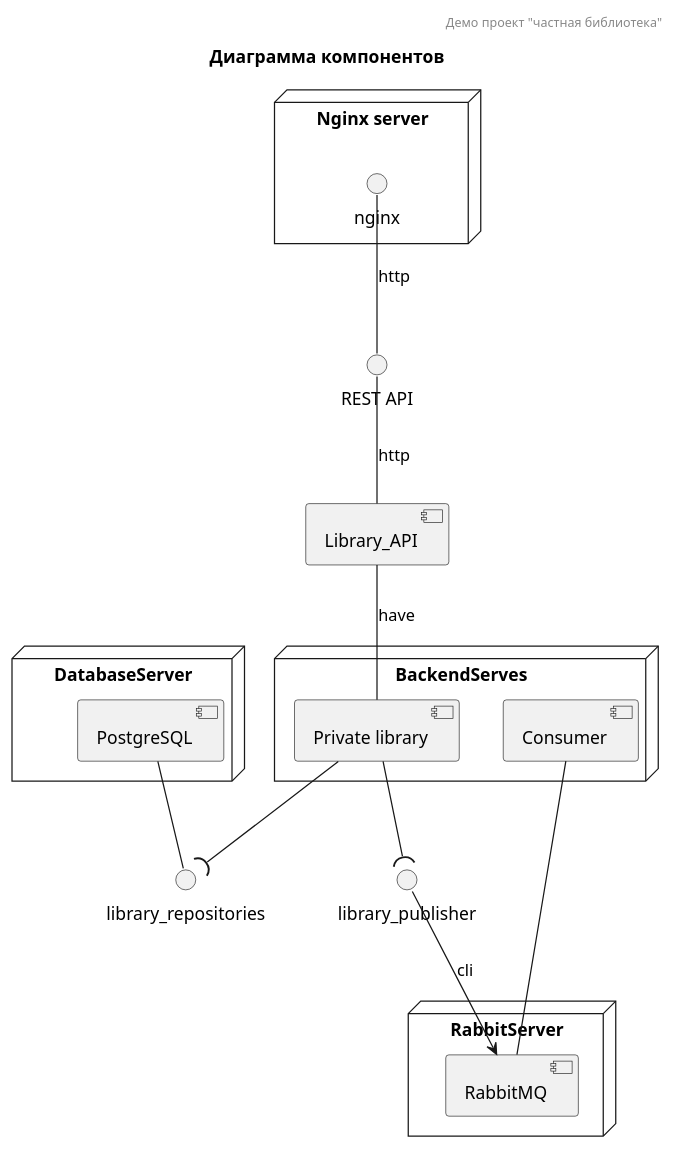
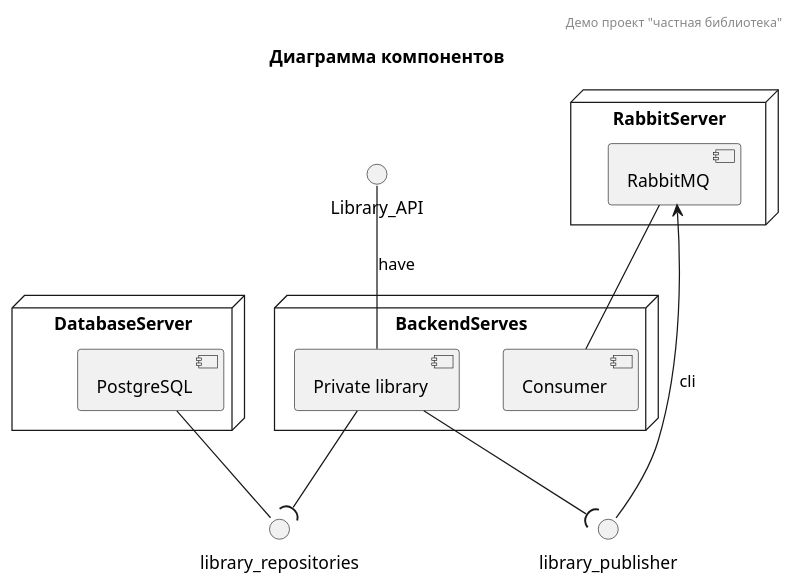
One commit to Vurgul/private-library-project changed the diagram in docs/components.puml. Above: the diagram before and after it, drawn with PlantUML. The commit also changed 11 other files, not shown here.

```diff
--- a/docs/components.puml
+++ b/docs/components.puml
@@ -1,36 +1,28 @@
 @startuml
 header Демо проект "частная библиотека"
 title Диаграмма компонентов
 
-node "Nginx server" {
-() "nginx"
-}
-
-() "REST API" as REST_API
-
-nginx -- REST_API: http
 
 node "BackendServes"{
     component "Private library" as PL
     component "Consumer" as consumer
 }
 
 node "DatabaseServer"{
     component "PostgreSQL"  as PSQL
 }
 
 node "RabbitServer"{
     component "RabbitMQ"  as RMQ
 }
 
-component "Library_API"  as LAPI
+() "Library_API"  as LAPI
 
 RMQ -- consumer
 PL --( library_repositories
 PSQL -- library_repositories
 PL --( library_publisher
 library_publisher --> RMQ: cli
 LAPI -- PL : have
-REST_API -- LAPI : http
 
 @enduml
```
